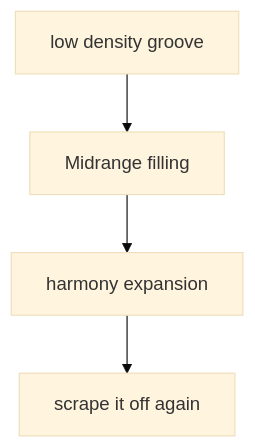
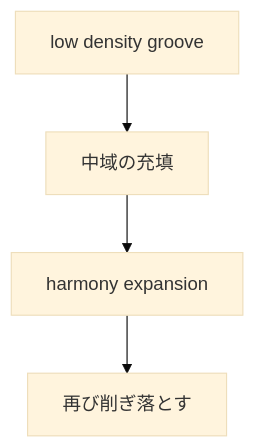
One commit to monumental-movement/monumental-movement.github.io changed the second of 4 diagrams in en/_posts/2026-02-27-column-Nick Hoppner.md. Above: the diagram before and after it, drawn with Mermaid (base theme). The commit also changed other lines of this file and 1012 other files, not shown here.

```diff
--- a/en/_posts/2026-02-27-column-Nick Hoppner.md
+++ b/en/_posts/2026-02-27-column-Nick Hoppner.md
@@ -97,6 +97,6 @@
 <div class="mermaid">
 graph TD
-A[low density groove] --> B[Midrange filling]
+A[low density groove] --> B[中域の充填]
 B --> C[harmony expansion]
-C --> D[scrape it off again]
+C --> D[再び削ぎ落とす]
 </div>
```
